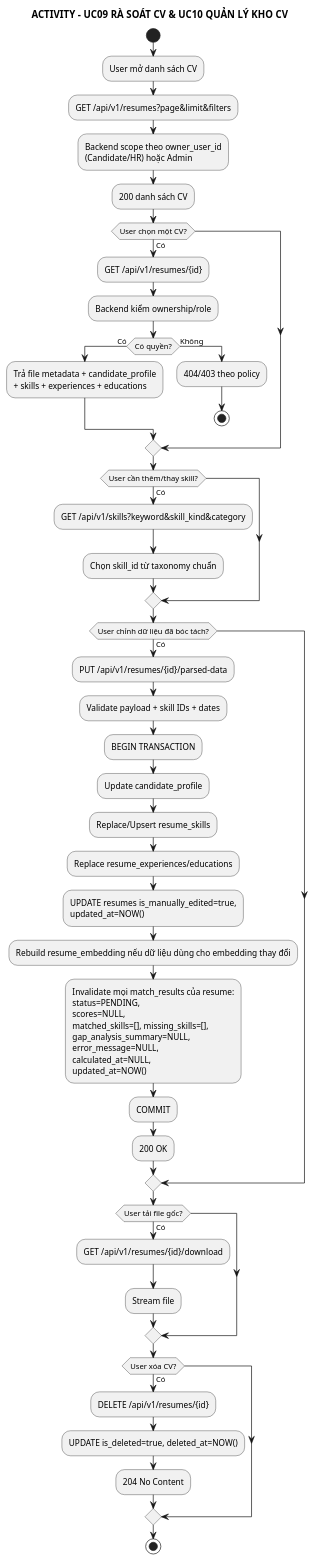
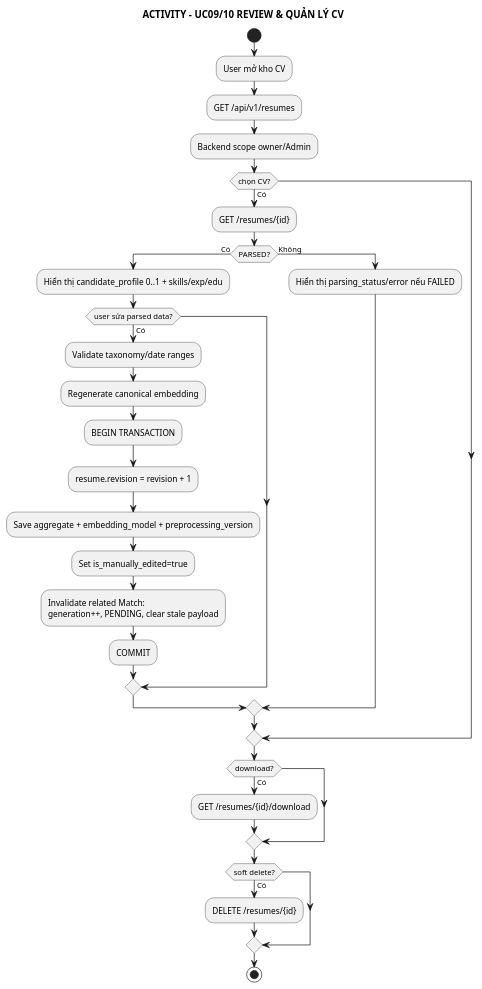
Before and after one commit to anh632k-ui/WebCVUngVienTuyenDung: the diagram in docs/03_activity/act_uc09_10_review_manage_cv.puml, drawn with PlantUML.

Commit message:
docs(activity): add resume revision and invalidation transaction

```diff
--- a/docs/03_activity/act_uc09_10_review_manage_cv.puml
+++ b/docs/03_activity/act_uc09_10_review_manage_cv.puml
@@ -1,64 +1,36 @@
 @startuml
 skinparam monochrome true
 skinparam shadowing false
-
-title ACTIVITY - UC09 RÀ SOÁT CV & UC10 QUẢN LÝ KHO CV
+title ACTIVITY - UC09/10 REVIEW & QUẢN LÝ CV
 
 start
-:User mở danh sách CV;
-:GET /api/v1/resumes?page&limit&filters;
-:Backend scope theo owner_user_id
-(Candidate/HR) hoặc Admin;
-:200 danh sách CV;
-
-if (User chọn một CV?) then (Có)
-  :GET /api/v1/resumes/{id};
-  :Backend kiểm ownership/role;
-  if (Có quyền?) then (Có)
-    :Trả file metadata + candidate_profile
-    + skills + experiences + educations;
+:User mở kho CV;
+:GET /api/v1/resumes;
+:Backend scope owner/Admin;
+if (chọn CV?) then (Có)
+  :GET /resumes/{id};
+  if (PARSED?) then (Có)
+    :Hiển thị candidate_profile 0..1 + skills/exp/edu;
+    if (user sửa parsed data?) then (Có)
+      :Validate taxonomy/date ranges;
+      :Regenerate canonical embedding;
+      :BEGIN TRANSACTION;
+      :resume.revision = revision + 1;
+      :Save aggregate + embedding_model + preprocessing_version;
+      :Set is_manually_edited=true;
+      :Invalidate related Match:
+generation++, PENDING, clear stale payload;
+      :COMMIT;
+    endif
   else (Không)
-    :404/403 theo policy;
-    stop
+    :Hiển thị parsing_status/error nếu FAILED;
   endif
 endif
-
-if (User cần thêm/thay skill?) then (Có)
-  :GET /api/v1/skills?keyword&skill_kind&category;
-  :Chọn skill_id từ taxonomy chuẩn;
+if (download?) then (Có)
+  :GET /resumes/{id}/download;
 endif
-
-if (User chỉnh dữ liệu đã bóc tách?) then (Có)
-  :PUT /api/v1/resumes/{id}/parsed-data;
-  :Validate payload + skill IDs + dates;
-  :BEGIN TRANSACTION;
-  :Update candidate_profile;
-  :Replace/Upsert resume_skills;
-  :Replace resume_experiences/educations;
-  :UPDATE resumes is_manually_edited=true,
-  updated_at=NOW();
-  :Rebuild resume_embedding nếu dữ liệu dùng cho embedding thay đổi;
-  :Invalidate mọi match_results của resume:
-  status=PENDING,
-  scores=NULL,
-  matched_skills=[], missing_skills=[],
-  gap_analysis_summary=NULL,
-  error_message=NULL,
-  calculated_at=NULL,
-  updated_at=NOW();
-  :COMMIT;
-  :200 OK;
-endif
-
-if (User tải file gốc?) then (Có)
-  :GET /api/v1/resumes/{id}/download;
-  :Stream file;
-endif
-
-if (User xóa CV?) then (Có)
-  :DELETE /api/v1/resumes/{id};
-  :UPDATE is_deleted=true, deleted_at=NOW();
-  :204 No Content;
+if (soft delete?) then (Có)
+  :DELETE /resumes/{id};
 endif
 stop
 @enduml
```
